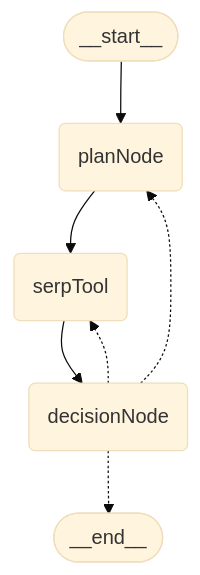
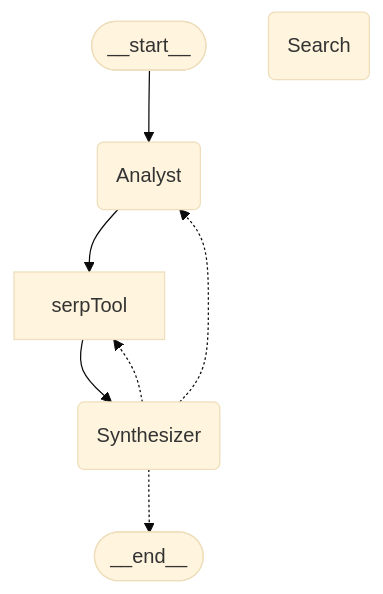
One commit to etrobot/swarmPlan2Serp changed the diagram in README.md. Above: the diagram before and after it, drawn with Mermaid (base theme). The commit also changed other lines of this file and 2 other files, not shown here.

Commit message:
fix button disable

````diff
--- a/README.md
+++ b/README.md
@@ -7,14 +7,14 @@
 ```mermaid
 graph TD;
 	__start__([__start__]):::first
-	planNode(planNode)
-	serpTool(serpTool)
-	decisionNode(decisionNode)
+	plan_agent(Analyst)
+	Search(Search)
+	Synthesizer(Synthesizer)
 	__end__([__end__]):::last
-	__start__ --> planNode;
-	planNode --> serpTool;
-	serpTool --> decisionNode;
-	decisionNode -.-> planNode;
-	decisionNode -.-> serpTool;
-	decisionNode -.-> __end__;	
+	__start__ --> plan_agent;
+	plan_agent --> serpTool;
+	serpTool --> Synthesizer;
+	Synthesizer -.-> plan_agent;
+	Synthesizer -.-> serpTool;
+	Synthesizer -.-> __end__;	
 ```
````
